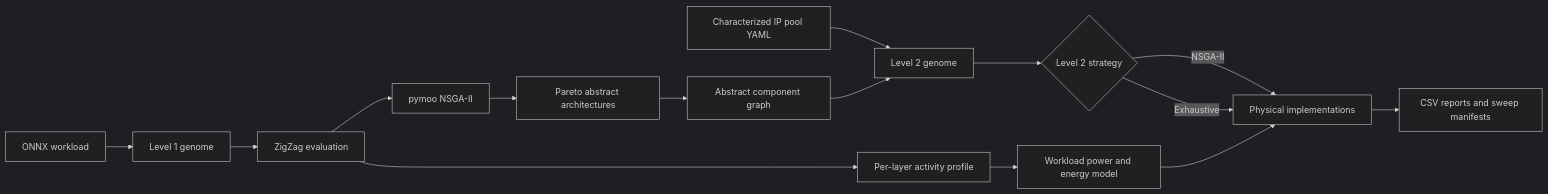
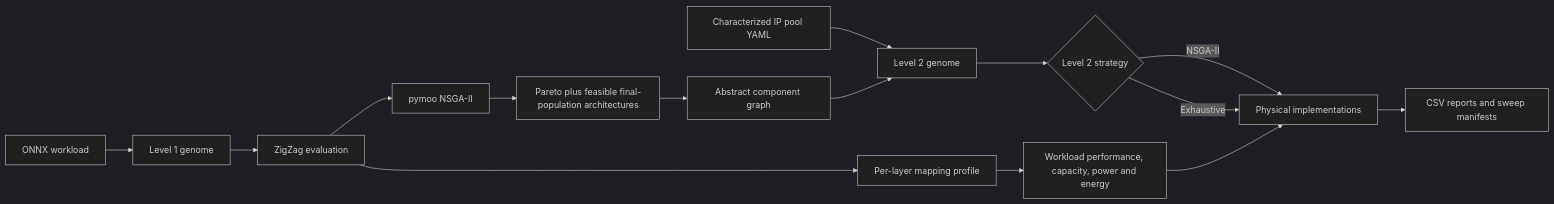
Before and after one commit to ThaChoppahIsLookinSharp/talos: the diagram in READMe.md, drawn with Mermaid (dark theme). The commit also changed other lines of this file and 32 other files, not shown here.

First line of the commit message:
Add workload-aware Level 2 evaluation and CACTI-calibrated energy (#8)

````diff
--- a/READMe.md
+++ b/READMe.md
@@ -25,17 +26,17 @@
 ```mermaid
 flowchart LR
     A[ONNX workload] --> B[Level 1 genome]
     B --> C[ZigZag evaluation]
     C --> D[pymoo NSGA-II]
-    D --> E[Pareto abstract architectures]
+    D --> E[Pareto plus feasible final-population architectures]
     E --> F[Abstract component graph]
     G[Characterized IP pool YAML] --> H[Level 2 genome]
     F --> H
-    C --> I[Per-layer activity profile]
-    I --> J[Workload power and energy model]
+    C --> I[Per-layer mapping profile]
+    I --> J[Workload performance, capacity, power and energy]
     H --> K{Level 2 strategy}
     K -->|NSGA-II| L[Physical implementations]
     K -->|Exhaustive| L
     J --> L
     L --> M[CSV reports and sweep manifests]
 ```
````
